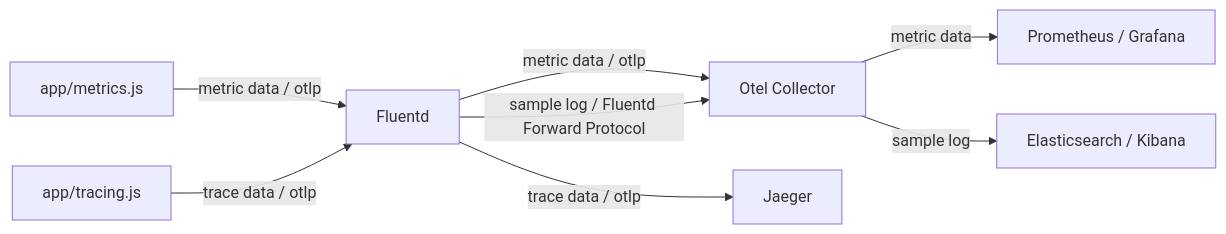
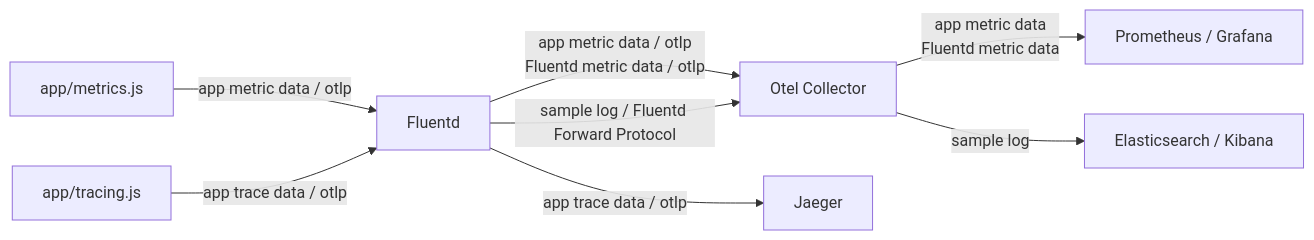
The diagram in example/README.md (fluent-plugins-nursery/fluent-plugin-opentelemetry), drawn with Mermaid before and after one commit. The commit also changed other lines of this file and 15 other files, not shown here.

Commit message:
Add support of fluentd metrics export (#10)

````diff
--- a/example/README.md
+++ b/example/README.md
@@ -13,10 +13,10 @@
 ```mermaid
 flowchart LR
-    A[app/metrics.js] -->|metric data / otlp| C[Fluentd]
-    B[app/tracing.js] -->|trace data / otlp| C[Fluentd]
-    C[Fluentd] -->|metric data / otlp| D[Otel Collector]
-    C[Fluentd] -->|trace data / otlp| F[Jaeger]
+    A[app/metrics.js] -->|app metric data / otlp| C[Fluentd]
+    B[app/tracing.js] -->|app trace data / otlp| C[Fluentd]
+    C[Fluentd] -->|app metric data / otlp <br> Fluentd metric data / otlp| D[Otel Collector]
+    C[Fluentd] -->|app trace data / otlp| F[Jaeger]
     C[Fluentd] -->|sample log / Fluentd Forward Protocol| D[Otel Collector]
-    D[Otel Collector] -->|metric data| E[Prometheus / Grafana]
+    D[Otel Collector] -->|app metric data <br> Fluentd metric data | E[Prometheus / Grafana]
     D[Otel Collector] -->|sample log| G[Elasticsearch / Kibana]
 ```
````
